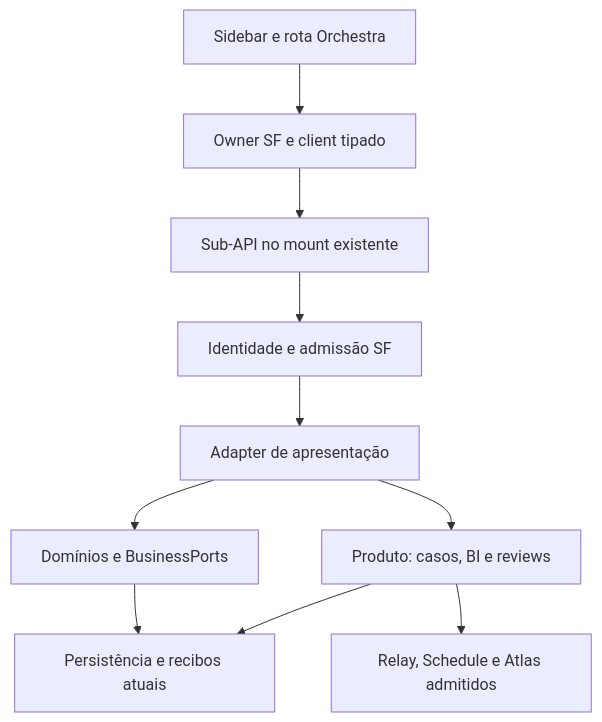
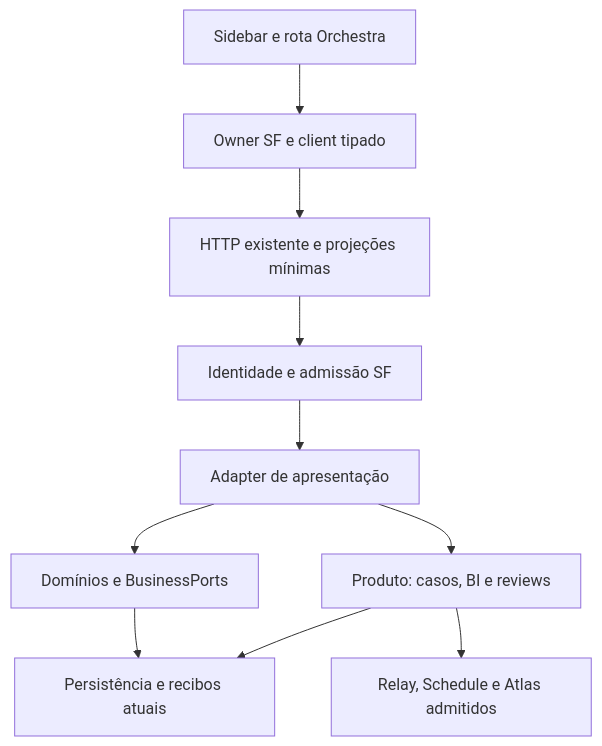
The diagram in modules/sucafina/Sucafinav1/docs/sf2h/native-ui/NATIVE-ARCHITECTURE.md (gustavomhss/Orchestra-SF), drawn with Mermaid before and after one commit. The commit also changed other lines of this file and 114 other files, not shown here.

````diff
--- a/modules/sucafina/Sucafinav1/docs/sf2h/native-ui/NATIVE-ARCHITECTURE.md
+++ b/modules/sucafina/Sucafinav1/docs/sf2h/native-ui/NATIVE-ARCHITECTURE.md
@@ -80,12 +80,12 @@
 ```mermaid
 flowchart TD
   A["Sidebar e rota Orchestra"] --> B["Owner SF e client tipado"]
-  B --> C["Sub-API no mount existente"]
+  B --> C["HTTP existente e projeções mínimas"]
   C --> D["Identidade e admissão SF"]
   D --> E["Adapter de apresentação"]
   E --> F["Domínios e BusinessPorts"]
   E --> G["Produto: casos, BI e reviews"]
   F --> H["Persistência e recibos atuais"]
   G --> H
   G --> I["Relay, Schedule e Atlas admitidos"]
 ```
````
